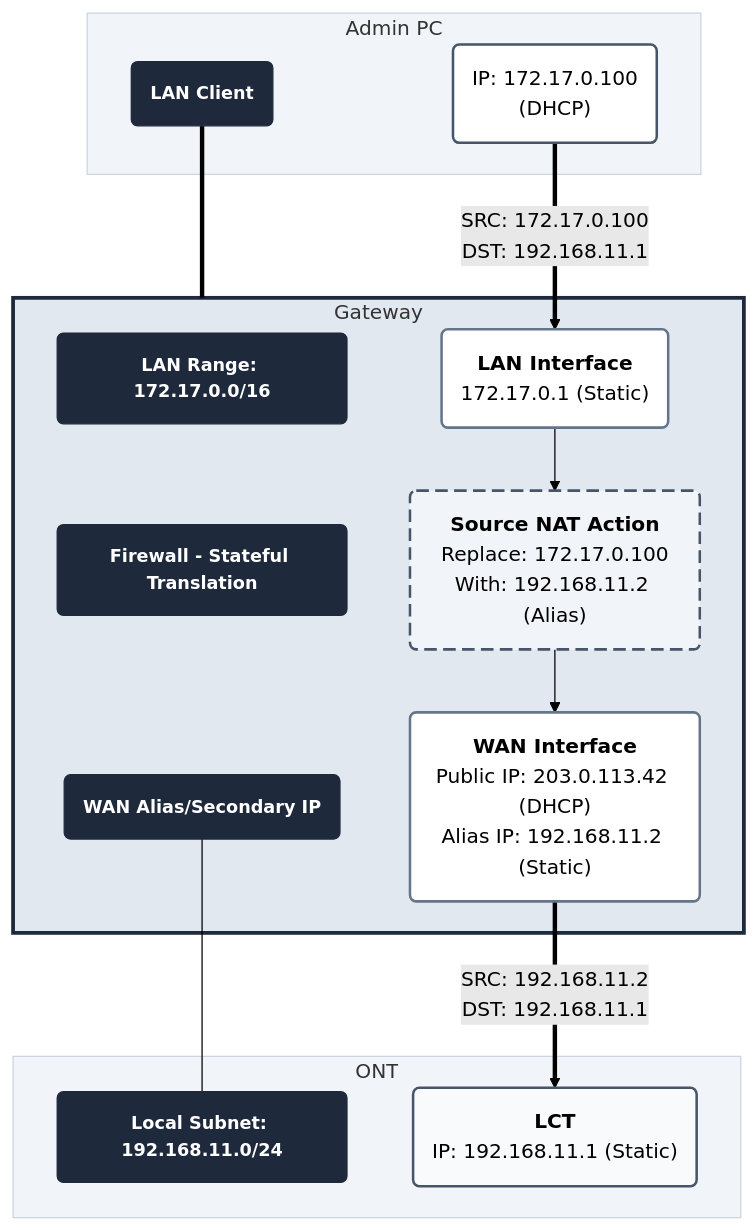
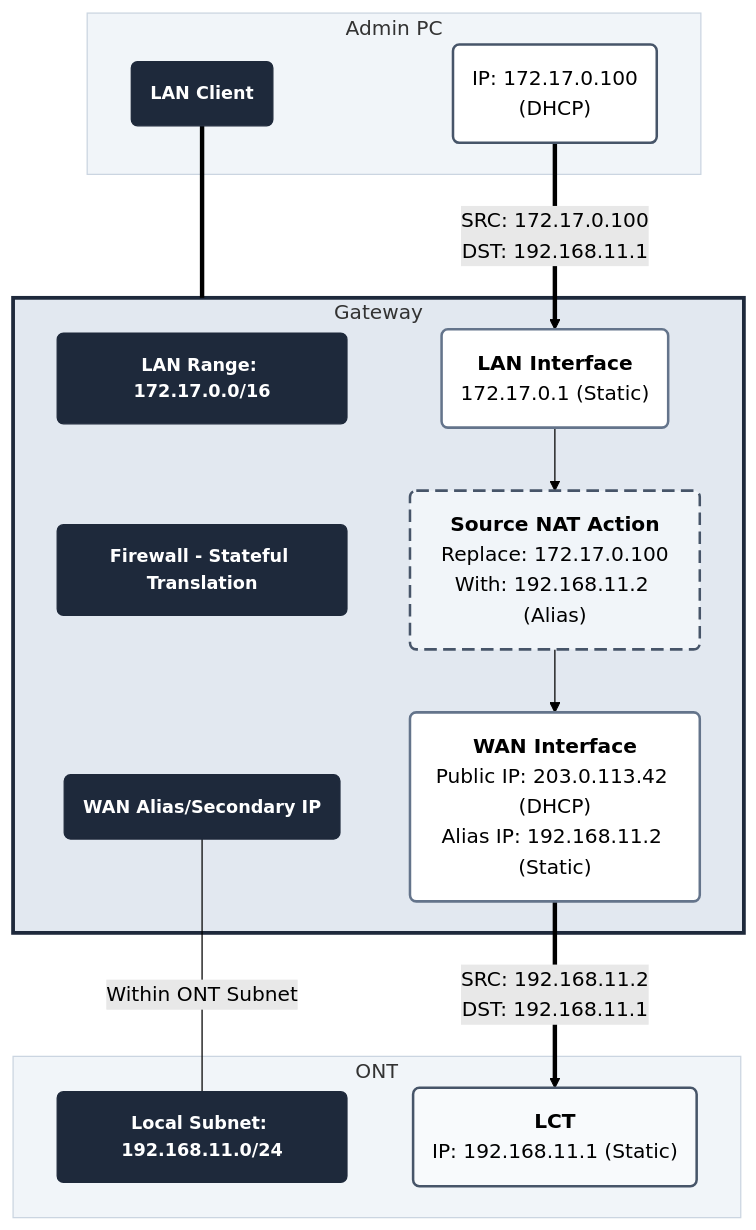
Before and after one commit to up-n-atom/8311: the second of 3 diagrams in docs/posts/accessing-the-ont.md, drawn with Mermaid (forest theme). The commit also changed other lines of this file, not shown here.

Commit message:
post 19: adjust mermaid labels

````diff
--- a/docs/posts/accessing-the-ont.md
+++ b/docs/posts/accessing-the-ont.md
@@ -255,46 +255,46 @@
 ``` mermaid
 graph TD
   classDef lanNode fill:#fff,stroke:#475569,stroke-width:2px
   classDef interfaceNode fill:#fff,stroke:#64748b,stroke-width:2px
   classDef natNode fill:#f1f5f9,stroke:#475569,stroke-width:2px,stroke-dasharray: 10 5
   classDef titleNode fill:#1e293b,stroke:#1e293b,font-weight:bold,font-size:14px
   classDef ontNode fill:#f8fafc,stroke:#475569,stroke-width:2px
 
   subgraph LAN_Group ["Admin PC"]
     PC_Title("<font color=white>LAN Client"):::titleNode
     PC("IP: 172.17.0.100<br/>(DHCP)"):::lanNode
   end
 
   subgraph GW_Group ["Gateway"]
     L_Range("<font color=white>LAN Range: 172.17.0.0/16"):::titleNode
     G_Title("<font color=white>Firewall - Stateful Translation"):::titleNode
     W_Alias("<font color=white>WAN Alias/Secondary IP"):::titleNode
 
 
     L_IF("<b>LAN Interface</b><br/>172.17.0.1 (Static)"):::interfaceNode
     NAT("<b>Source NAT Action</b><br/>Replace: 172.17.0.100<br/>With: 192.168.11.2 (Alias)"):::natNode
     W_IF("<b>WAN Interface</b><br/>Public IP: 203.0.113.42 (DHCP)<br/>Alias IP: 192.168.11.2 (Static)"):::interfaceNode
 
     L_Range --- G_Title
     G_Title --- W_Alias
     L_IF --> NAT
     NAT --> W_IF
   end
 
   subgraph ONT_Group ["ONT"]
     O_Range("<font color=white>Local Subnet: 192.168.11.0/24"):::titleNode
     ONT("<b>LCT</b><br/>IP: 192.168.11.1 (Static)"):::ontNode
   end
 
   PC_Title === GW_Group
 
   PC ==>|SRC: 172.17.0.100<br/>DST: 192.168.11.1| L_IF
   W_IF ==>|SRC: 192.168.11.2<br/>DST: 192.168.11.1| ONT
-  W_Alias --- O_Range
+  W_Alias ---|Within ONT Subnet| O_Range
 
   linkStyle 0,1 stroke-width:0px;
 
   style LAN_Group fill:#f1f5f9,stroke:#cbd5e1,stroke-width:1px
   style GW_Group fill:#e2e8f0,stroke:#1e293b,stroke-width:3px
   style ONT_Group fill:#f1f5f9,stroke:#cbd5e1,stroke-width:1px
 ```
````
